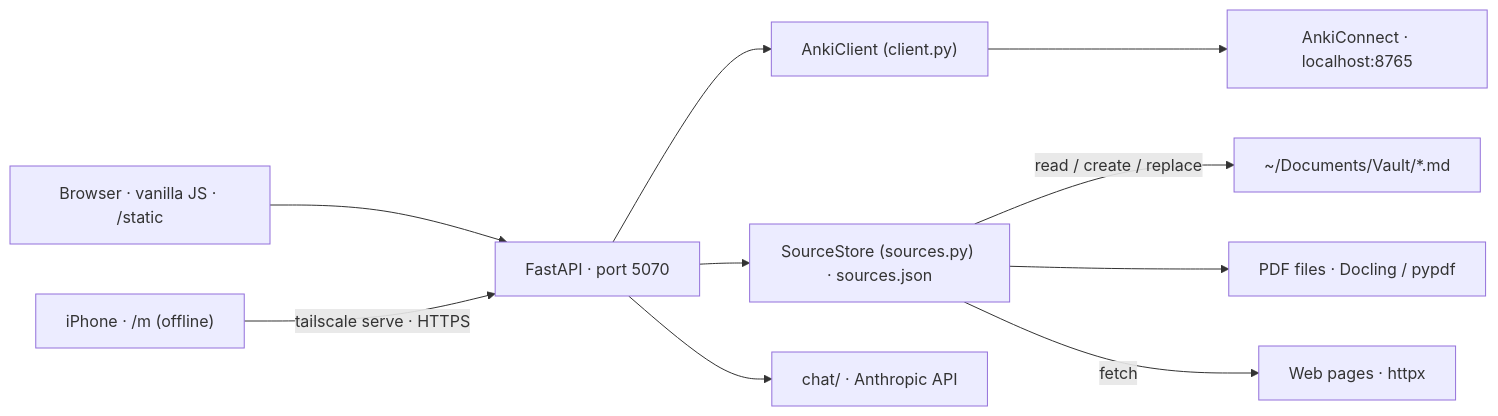
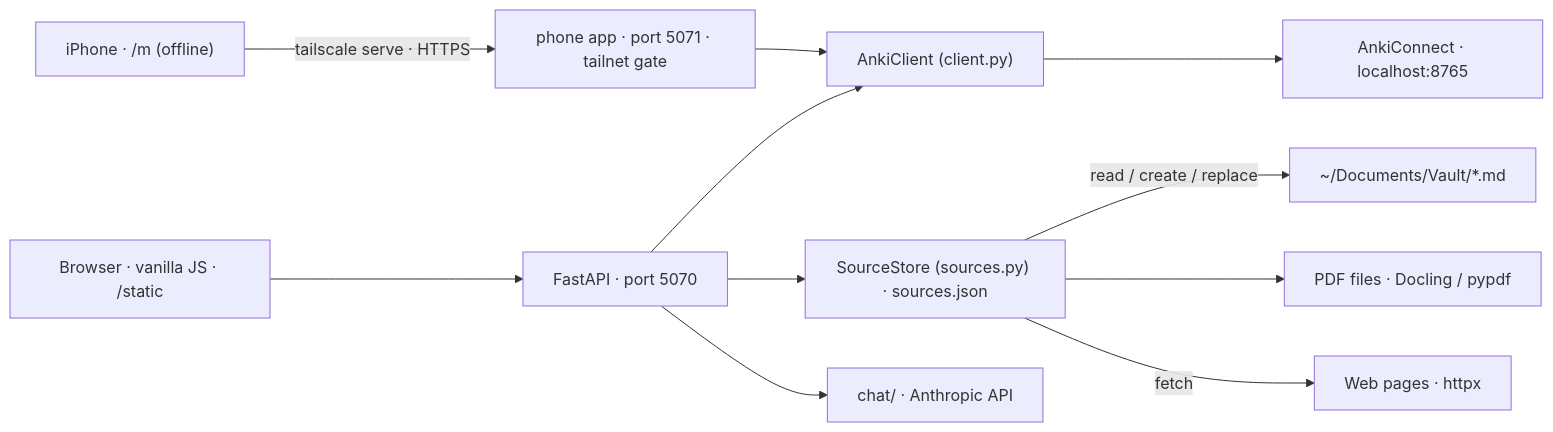
The diagram in specs/00-overview.md (Vaillus/anki_assistant), drawn with Mermaid before and after one commit. The commit also changed other lines of this file and 1 other file, not shown here.

First line of the commit message:
docs(spec): give the phone app its own port

````diff
--- a/specs/00-overview.md
+++ b/specs/00-overview.md
@@ -26,11 +26,12 @@
 ```mermaid
 graph LR
     UI["Browser · vanilla JS · /static"] --> API["FastAPI · port 5070"]
     API --> Client["AnkiClient (client.py)"] --> AC["AnkiConnect · localhost:8765"]
     API --> Sources["SourceStore (sources.py) · sources.json"]
     Sources -- read / create / replace --> Vault["~/Documents/Vault/*.md"]
     Sources --> PDF["PDF files · Docling / pypdf"]
     Sources -- fetch --> Web["Web pages · httpx"]
     API --> Chat["chat/ · Anthropic API"]
-    Phone["iPhone · /m (offline)"] -- tailscale serve · HTTPS --> API
+    Phone["iPhone · /m (offline)"] -- tailscale serve · HTTPS --> Gate["phone app · port 5071 · tailnet gate"]
+    Gate --> Client
 ```
````
